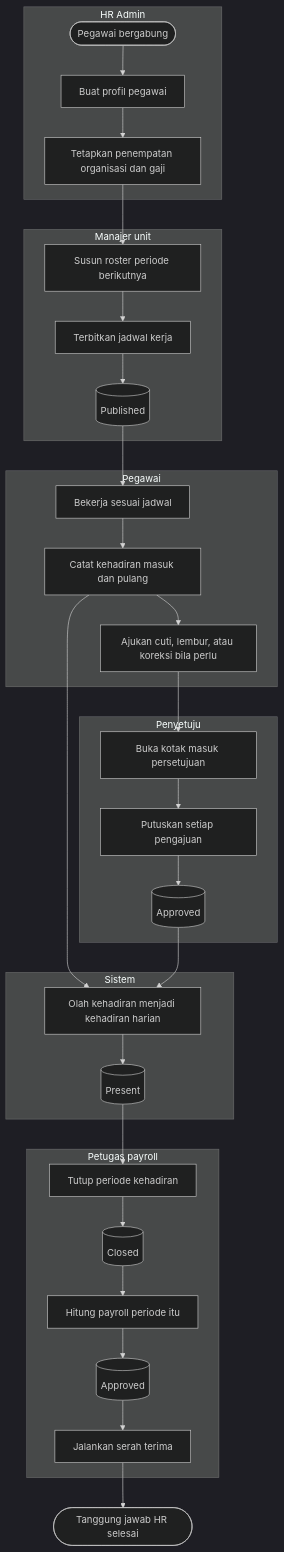
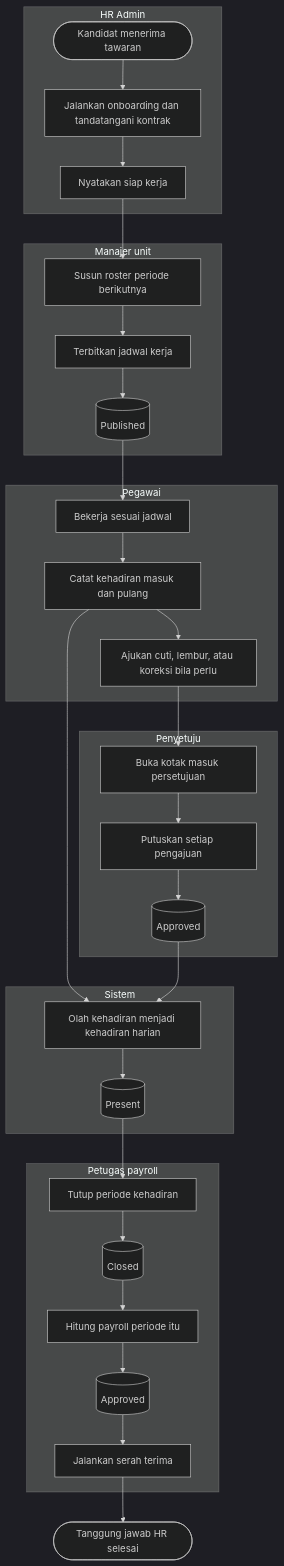
One commit to DevBenari/NewQuilvianSystemBackend changed the diagram in docs/module-blueprints/human-resource/flowcharts/00-alur-utama.md. Above: the diagram before and after it, drawn with Mermaid (dark theme). The commit also changed other lines of this file and 166 other files, not shown here.

````diff
--- a/docs/module-blueprints/human-resource/flowcharts/00-alur-utama.md
+++ b/docs/module-blueprints/human-resource/flowcharts/00-alur-utama.md
@@ -22,41 +23,41 @@
 ```mermaid
 flowchart TD
     subgraph hr[HR Admin]
-        A([Pegawai bergabung]) --> B[Buat profil pegawai]
-        B --> C[Tetapkan penempatan organisasi dan gaji]
+        A([Kandidat menerima tawaran]) --> B[Jalankan onboarding dan tandatangani kontrak]
+        B --> C[Nyatakan siap kerja]
     end
 
     subgraph atasan[Manajer unit]
         C --> D[Susun roster periode berikutnya]
         D --> E[Terbitkan jadwal kerja]
         E --> F[(Published)]
     end
 
     subgraph pegawai[Pegawai]
         F --> G[Bekerja sesuai jadwal]
         G --> H[Catat kehadiran masuk dan pulang]
         H --> I[Ajukan cuti, lembur, atau koreksi bila perlu]
     end
 
     subgraph persetujuan[Penyetuju]
         I --> J[Buka kotak masuk persetujuan]
         J --> K[Putuskan setiap pengajuan]
         K --> L[(Approved)]
     end
 
     subgraph sistem[Sistem]
         H --> M[Olah kehadiran menjadi kehadiran harian]
         L --> M
         M --> N[(Present)]
     end
 
     subgraph payroll[Petugas payroll]
         N --> O[Tutup periode kehadiran]
         O --> P[(Closed)]
         P --> Q[Hitung payroll periode itu]
         Q --> R[(Approved)]
         R --> S[Jalankan serah terima]
     end
 
     S --> T([Tanggung jawab HR selesai])
 ```
````
